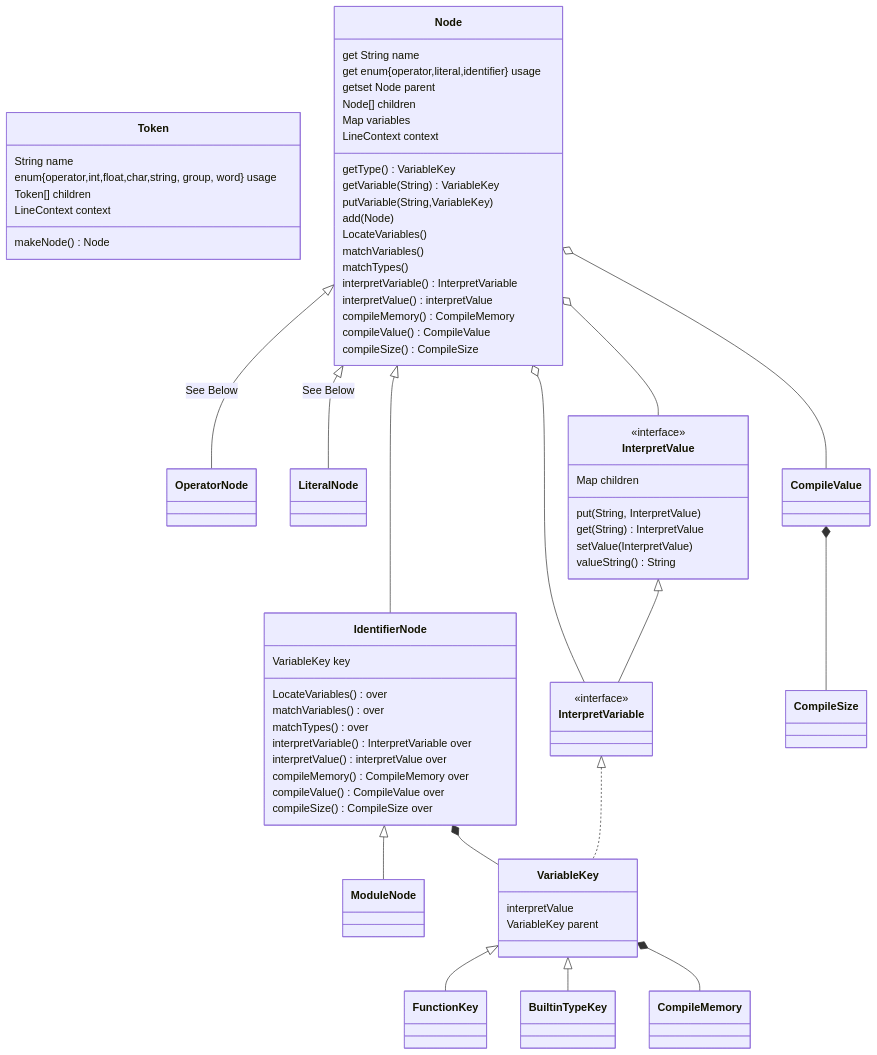
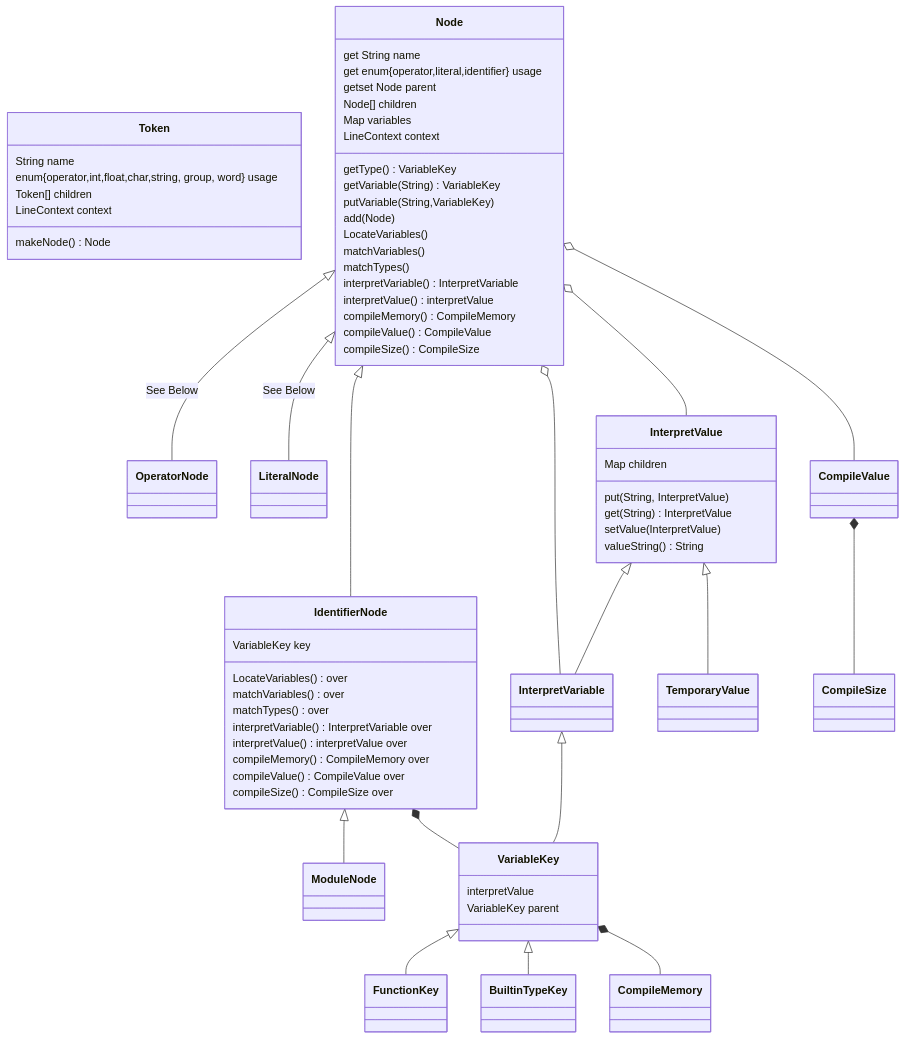
One commit to Jzhyang1/Monomer changed the first of 4 diagrams in Implementation.md. Above: the diagram before and after it, drawn with Mermaid. The commit also changed other lines of this file, not shown here.

Commit message:
Implementation.md updated from https://stackedit.io/

````diff
--- a/Implementation.md
+++ b/Implementation.md
@@ -59,65 +59,64 @@
 ```mermaid
 classDiagram
 class Token
 
 Node <|-- OperatorNode: See Below
 Node <|-- LiteralNode: See Below
 Node <|-- IdentifierNode
 Node o-- InterpretVariable
 Node o-- InterpretValue
 IdentifierNode <|-- ModuleNode
 IdentifierNode *-- VariableKey
 VariableKey <|-- FunctionKey
 VariableKey <|-- BuiltinTypeKey
 VariableKey *-- CompileMemory
 InterpretValue <|-- InterpretVariable
-InterpretVariable <|.. VariableKey
+InterpretValue <|-- TemporaryValue
+InterpretVariable <|-- VariableKey
 CompileValue *-- CompileSize
 Node o-- CompileValue
 
 Token: String name
 Token: enum{operator,int,float,char,string, group, word} usage
 Token: Token[] children
 Token: LineContext context
 Token: makeNode() Node
 
 Node: get String name
 Node: get enum{operator,literal,identifier} usage
 Node: getset Node parent
 Node: Node[] children
 Node: Map<String, VariableKey> variables
 Node: LineContext context
 Node: getType() VariableKey
 Node: getVariable(String) VariableKey
 Node: putVariable(String,VariableKey)
 Node: add(Node)
 Node: LocateVariables()
 Node: matchVariables()
 Node: matchTypes()
 Node: interpretVariable() InterpretVariable
 Node: interpretValue() interpretValue
 Node: compileMemory() CompileMemory
 Node: compileValue() CompileValue
 Node: compileSize() CompileSize
 
 IdentifierNode: VariableKey key
 IdentifierNode: LocateVariables() over
 IdentifierNode: matchVariables() over
 IdentifierNode: matchTypes() over
 IdentifierNode: interpretVariable() InterpretVariable over
 IdentifierNode: interpretValue() interpretValue over
 IdentifierNode: compileMemory() CompileMemory over
 IdentifierNode: compileValue() CompileValue over
 IdentifierNode: compileSize() CompileSize over
 
-<<interface>> InterpretValue
 InterpretValue: Map<String, InterpretValue> children
 InterpretValue: put(String, InterpretValue)
 InterpretValue: get(String) InterpretValue
 InterpretValue: setValue(InterpretValue)
 InterpretValue: valueString() String
-<<interface>> InterpretVariable
 
 VariableKey: interpretValue
 VariableKey: VariableKey parent
 ```
````
